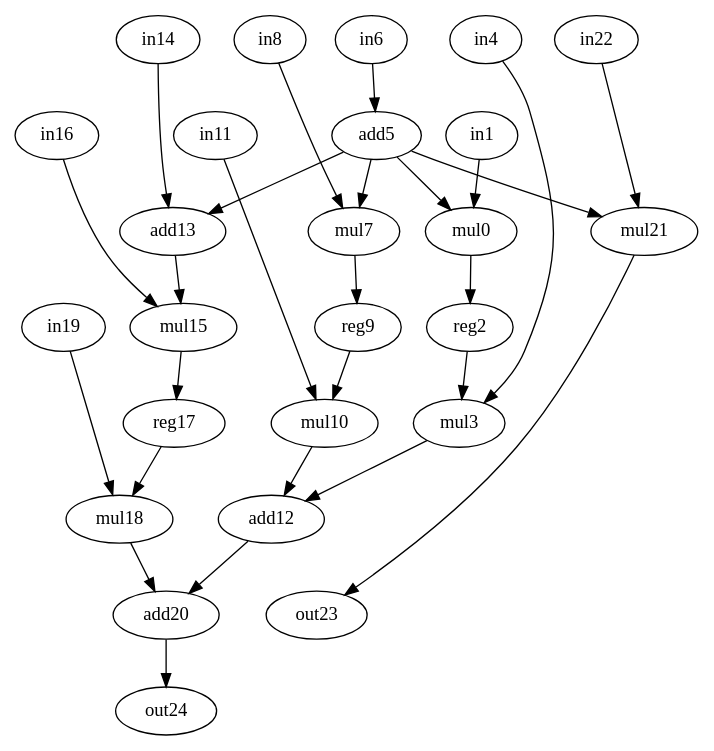
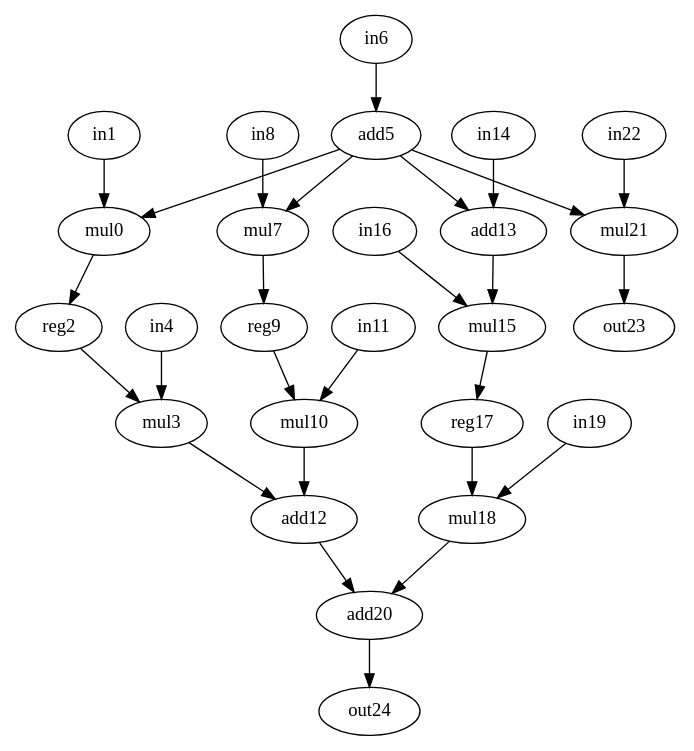
Before and after one commit to jeronimopenha/traversal_project: the diagram in bench/test_bench/conv3.dot, drawn with Graphviz. The commit also changed 26032 other files, not shown here.

```diff
--- a/bench/test_bench/conv3.dot
+++ b/bench/test_bench/conv3.dot
@@ -1,53 +1,53 @@
 strict digraph "conv3" {
 0 [alap=2, asap=2, label=mul0, op=mul];
 1 [alap=1, asap=0, label=in1, op=in];
 2 [alap=3, asap=3, label=reg2, op=reg];
 3 [alap=4, asap=4, label=mul3, op=mul];
 4 [alap=3, asap=0, label=in4, op=in];
 5 [alap=1, asap=1, label=add5, op=addi, value=2];
 6 [alap=0, asap=0, label=in6, op=in];
 7 [alap=2, asap=2, label=mul7, op=mul];
 8 [alap=1, asap=0, label=in8, op=in];
 9 [alap=3, asap=3, label=reg9, op=reg];
 10 [alap=4, asap=4, label=mul10, op=mul];
 11 [alap=3, asap=0, label=in11, op=in];
 12 [alap=5, asap=5, label=add12, op=add];
 13 [alap=2, asap=2, label=add13, op=add, value=2];
 14 [alap=1, asap=0, label=in14, op=in];
 15 [alap=3, asap=3, label=mul15, op=mul];
 16 [alap=2, asap=0, label=in16, op=in];
 17 [alap=4, asap=4, label=reg17, op=reg];
 18 [alap=5, asap=5, label=mul18, op=mul];
 19 [alap=4, asap=0, label=in19, op=in];
 20 [alap=6, asap=6, label=add20, op=add];
 21 [alap=2, asap=2, label=mul21, op=mul];
 22 [alap=1, asap=0, label=in22, op=in];
 23 [alap=3, asap=3, label=out23, op=out];
 24 [alap=7, asap=7, label=out24, op=out];
-0 -> 2  [port=0, weight=0];
-1 -> 0  [port=0, weight=0];
-2 -> 3  [port=0, weight=0];
-3 -> 12  [port=0, weight=0];
-4 -> 3  [port=1, weight=0];
-5 -> 0  [port=1, weight=0];
-5 -> 7  [port=0, weight=0];
-5 -> 13  [port=0, weight=0];
-5 -> 21  [port=0, weight=0];
-6 -> 5  [port=0, weight=0];
-7 -> 9  [port=0, weight=0];
-8 -> 7  [port=1, weight=0];
-9 -> 10  [port=0, weight=0];
-10 -> 12  [port=1, weight=0];
-11 -> 10  [port=1, weight=0];
-12 -> 20  [port=0, weight=0];
-13 -> 15  [port=0, weight=0];
-14 -> 13  [port=1, weight=0];
-15 -> 17  [port=0, weight=0];
-16 -> 15  [port=1, weight=0];
-17 -> 18  [port=0, weight=0];
-18 -> 20  [port=1, weight=0];
-19 -> 18  [port=1, weight=0];
-20 -> 24  [port=0, weight=0];
-21 -> 23  [port=0, weight=0];
-22 -> 21  [port=1, weight=0];
+0 -> 2  [port=0, w=0];
+1 -> 0  [port=0, w=0];
+2 -> 3  [port=0, w=0];
+3 -> 12  [port=0, w=0];
+4 -> 3  [port=1, w=0];
+5 -> 0  [port=1, w=0];
+5 -> 7  [port=0, w=0];
+5 -> 13  [port=0, w=0];
+5 -> 21  [port=0, w=0];
+6 -> 5  [port=0, w=0];
+7 -> 9  [port=0, w=0];
+8 -> 7  [port=1, w=0];
+9 -> 10  [port=0, w=0];
+10 -> 12  [port=1, w=0];
+11 -> 10  [port=1, w=0];
+12 -> 20  [port=0, w=0];
+13 -> 15  [port=0, w=0];
+14 -> 13  [port=1, w=0];
+15 -> 17  [port=0, w=0];
+16 -> 15  [port=1, w=0];
+17 -> 18  [port=0, w=0];
+18 -> 20  [port=1, w=0];
+19 -> 18  [port=1, w=0];
+20 -> 24  [port=0, w=0];
+21 -> 23  [port=0, w=0];
+22 -> 21  [port=1, w=0];
 }
```
